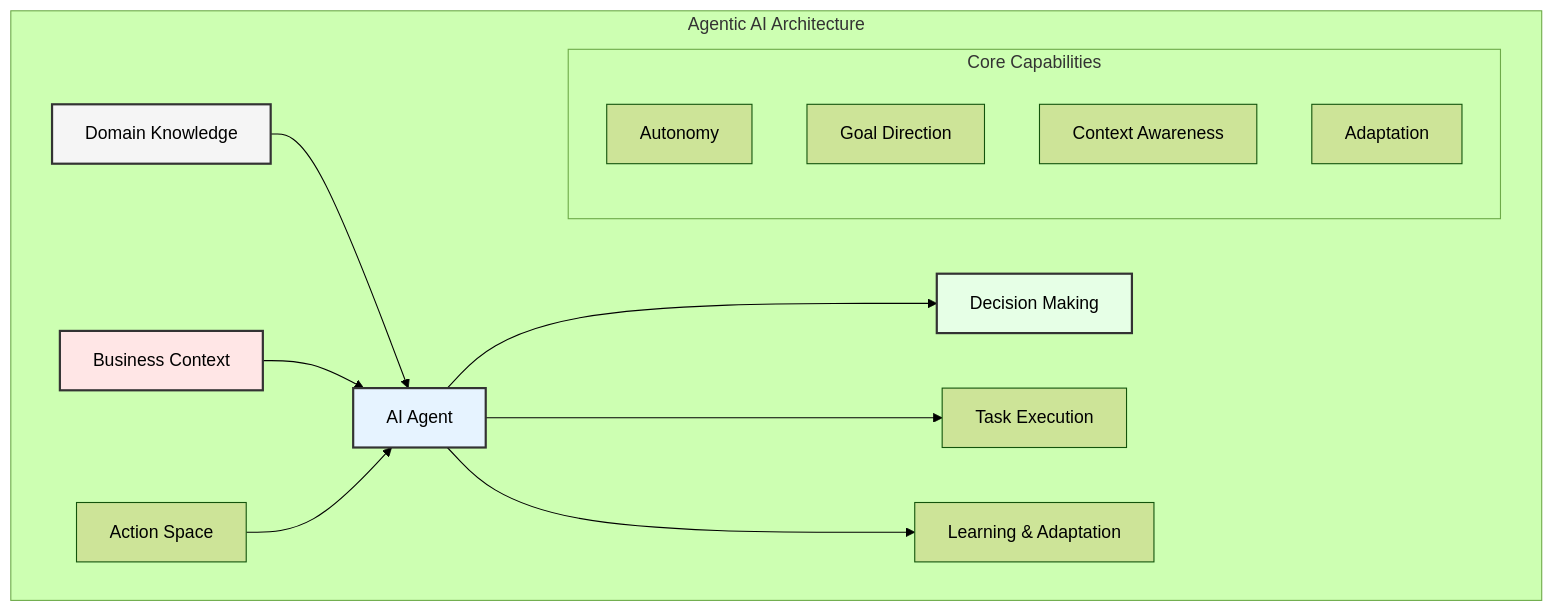
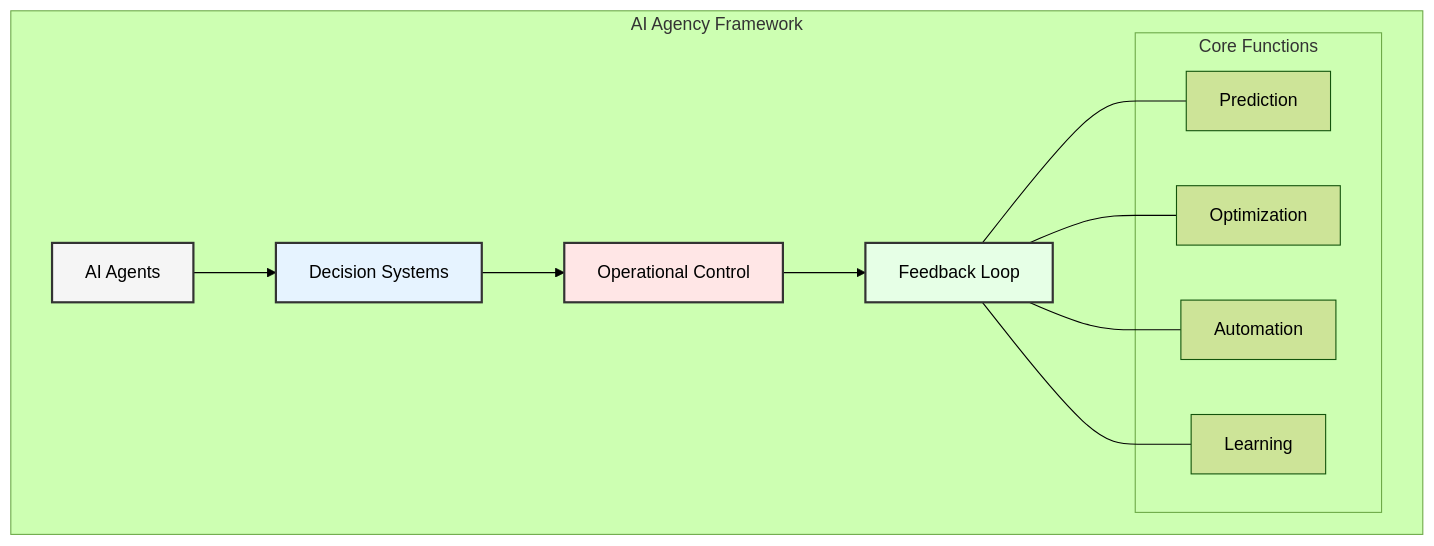
The first of 7 diagrams in enterprise_data_architecture/chapters/05_agentic_ai.md (data-octo/agentic_ai_research), drawn with Mermaid (forest theme) before and after one commit. The commit also changed other lines of this file and 11 other files, not shown here.

````diff
--- a/enterprise_data_architecture/chapters/05_agentic_ai.md
+++ b/enterprise_data_architecture/chapters/05_agentic_ai.md
@@ -7,24 +7,25 @@
 ```mermaid
 graph TB
-    subgraph "Agentic AI Architecture"
-        A[Domain Knowledge] --> B[AI Agent]
-        C[Business Context] --> B
-        D[Action Space] --> B
+    subgraph "AI Agency Framework"
+        A[AI Agents] --> B[Decision Systems]
+        B --> C[Operational Control]
+        C --> D[Feedback Loop]
         
-        B --> E[Decision Making]
-        B --> F[Task Execution]
-        B --> G[Learning & Adaptation]
+        subgraph "Core Functions"
+            E[Prediction]
+            F[Optimization]
+            G[Automation]
+            H[Learning]
+        end
         
-        subgraph "Core Capabilities"
-            H[Autonomy]
-            I[Goal Direction]
-            J[Context Awareness]
-            K[Adaptation]
-        end
+        D --- E
+        D --- F
+        D --- G
+        D --- H
     end
     
     style A fill:#f5f5f5,stroke:#333,stroke-width:2px
     style B fill:#e6f3ff,stroke:#333,stroke-width:2px
     style C fill:#ffe6e6,stroke:#333,stroke-width:2px
-    style E fill:#e6ffe6,stroke:#333,stroke-width:2px
+    style D fill:#e6ffe6,stroke:#333,stroke-width:2px
 ```
````
